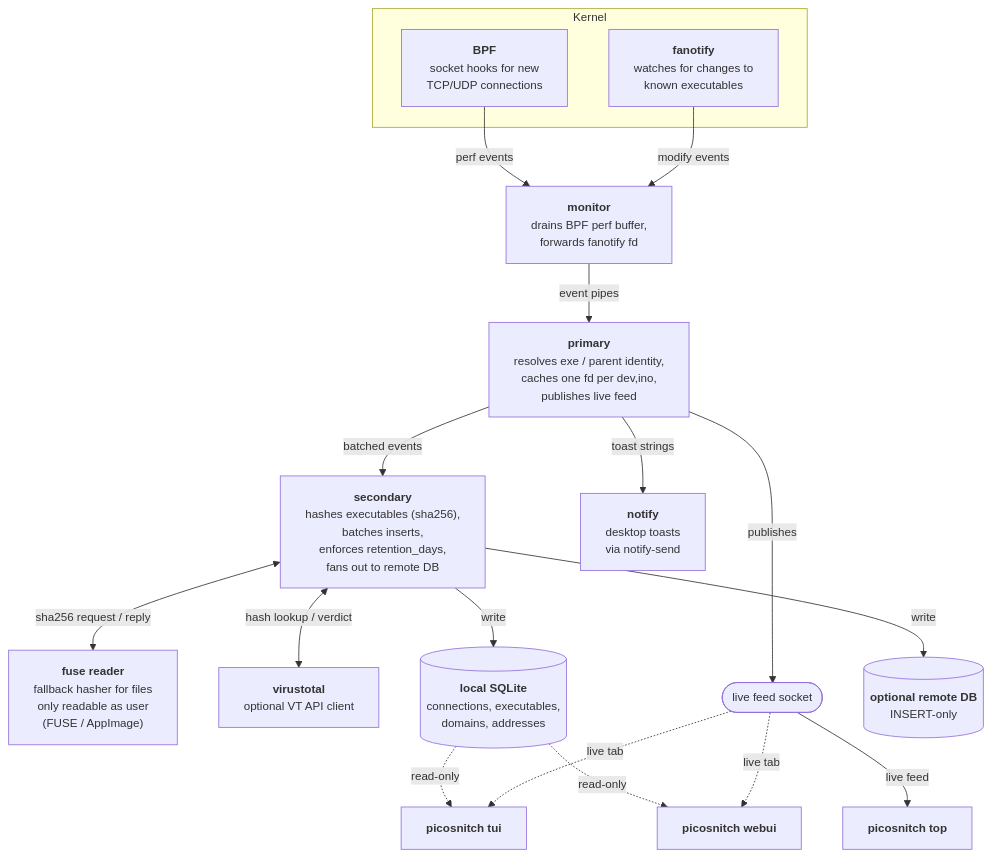
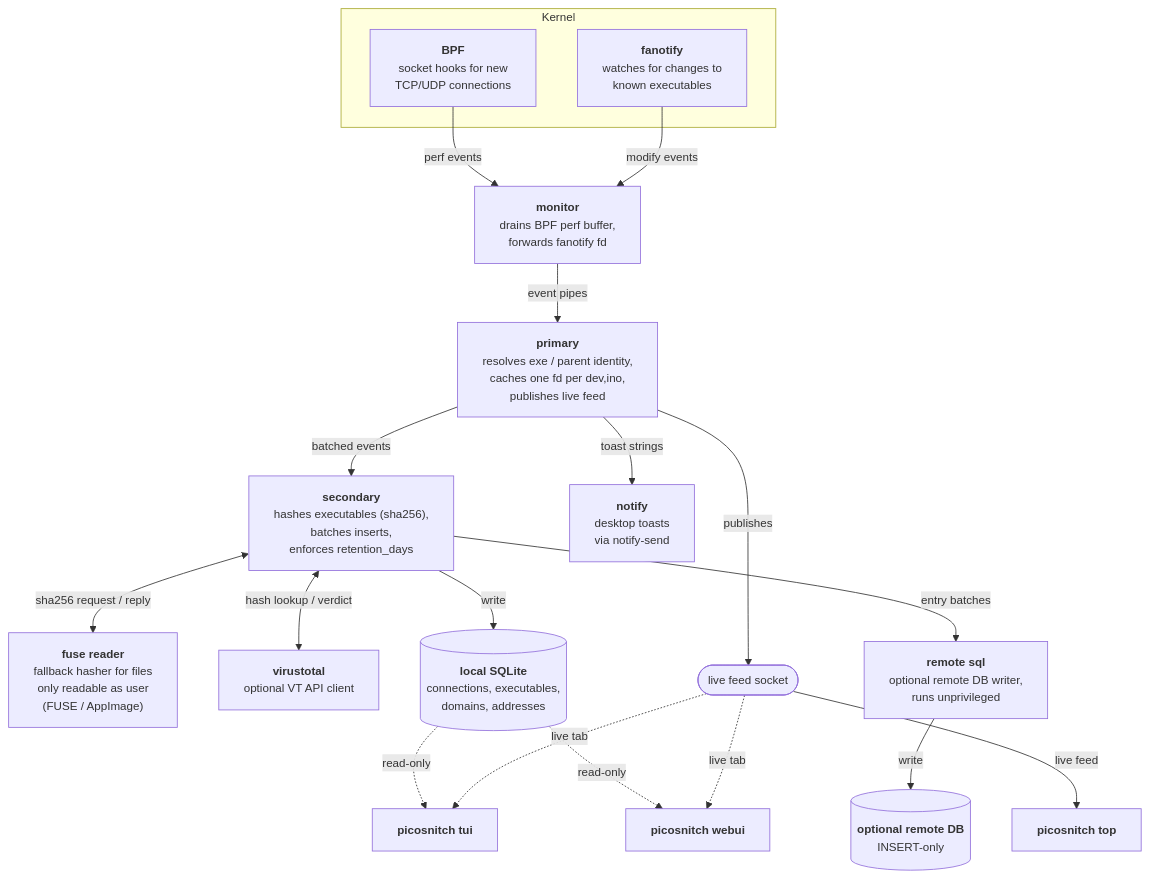
The diagram in docs/how-it-works.md (elesiuta/picosnitch), drawn with Mermaid before and after one commit. The commit also changed other lines of this file and 8 other files, not shown here.

First line of the commit message:
refactor: move remote database logging into an unprivileged subprocess

````diff
--- a/docs/how-it-works.md
+++ b/docs/how-it-works.md
@@ -33,41 +35,43 @@
 ```mermaid
 %%{init: {"flowchart": {"useMaxWidth": true, "htmlLabels": true}, "themeVariables": {"fontSize": "14px"}} }%%
 flowchart TD
     subgraph K[Kernel]
         BPF["<b>BPF</b><br/>socket hooks for new<br/>TCP/UDP connections"]
         FAN["<b>fanotify</b><br/>watches for changes to<br/>known executables"]
     end
 
     MON["<b>monitor</b><br/>drains BPF perf buffer,<br/>forwards fanotify fd"]
     PRI["<b>primary</b><br/>resolves exe / parent identity,<br/>caches one fd per dev,ino,<br/>publishes live feed"]
-    SEC["<b>secondary</b><br/>hashes executables (sha256),<br/>batches inserts,<br/>enforces retention_days,<br/>fans out to remote DB"]
+    SEC["<b>secondary</b><br/>hashes executables (sha256),<br/>batches inserts,<br/>enforces retention_days"]
 
     FUSE["<b>fuse reader</b><br/>fallback hasher for files<br/>only readable as user<br/>(FUSE / AppImage)"]
     VT["<b>virustotal</b><br/>optional VT API client"]
     NOTIFY["<b>notify</b><br/>desktop toasts<br/>via notify-send"]
+    RSQL["<b>remote sql</b><br/>optional remote DB writer,<br/>runs unprivileged"]
 
     LIVE([live feed socket])
     SQL[("<b>local SQLite</b><br/>connections, executables,<br/>domains, addresses")]
     REMOTE[("<b>optional remote DB</b><br/>INSERT-only")]
 
     TOP["<b>picosnitch top</b>"]
     TUI["<b>picosnitch tui</b>"]
     WEB["<b>picosnitch webui</b>"]
 
     BPF -- perf events --> MON
     FAN -- modify events --> MON
     MON -- event pipes --> PRI
     PRI -- batched events --> SEC
     PRI -- toast strings --> NOTIFY
     PRI -- publishes --> LIVE
     SEC <-- sha256 request / reply --> FUSE
     SEC <-- hash lookup / verdict --> VT
     SEC -- write --> SQL
-    SEC -- write --> REMOTE
+    SEC -- entry batches --> RSQL
+    RSQL -- write --> REMOTE
 
     LIVE -- live feed --> TOP
     SQL -. read-only .-> TUI
     SQL -. read-only .-> WEB
     LIVE -. live tab .-> TUI
     LIVE -. live tab .-> WEB
 ```
````
